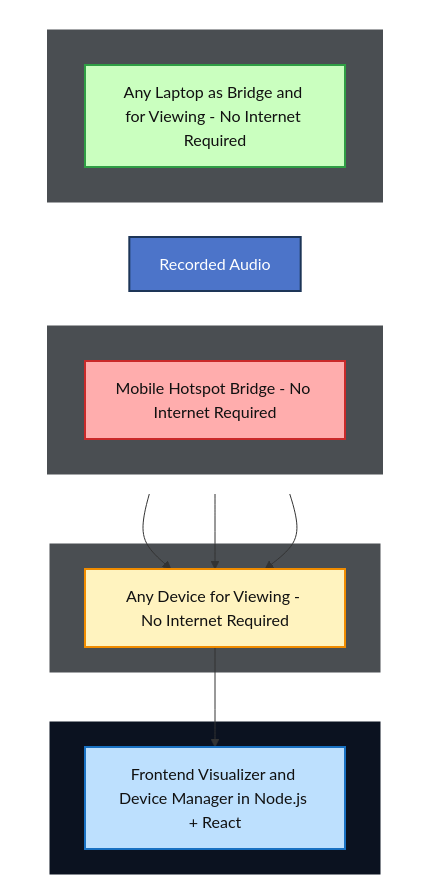
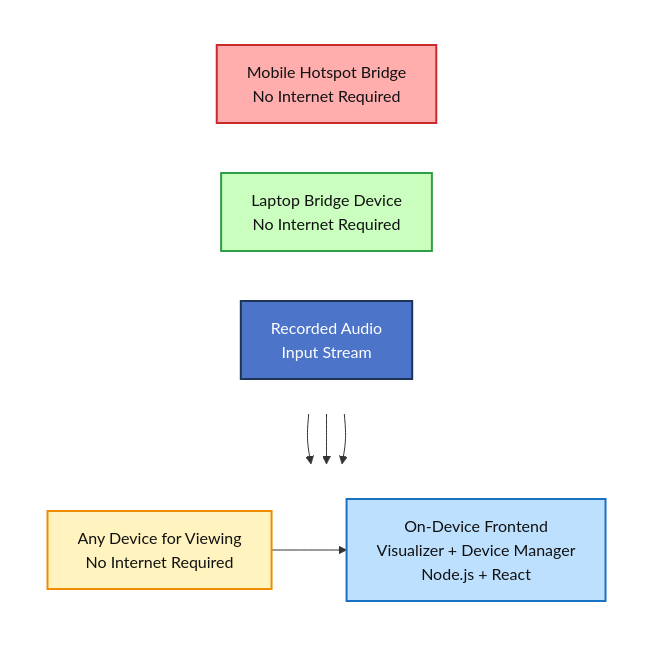
Before and after one commit to anamtya-tech/SonicWild_SpatialyAwareAcoustics: the second of 2 diagrams in blue print/SonicWild_High_Level_Architecture.md, drawn with Mermaid.

Commit message:
Rebuild second diagram as simple 3-top + 2-bottom layout

````diff
--- a/blue print/SonicWild_High_Level_Architecture.md
+++ b/blue print/SonicWild_High_Level_Architecture.md
@@ -43,41 +43,29 @@
 ```mermaid
 flowchart TB
-    subgraph ROW1[ ]
+    subgraph TOP_ROW[ ]
         direction LR
-
-        subgraph HS_WRAP[ ]
-            PHONE[Mobile Hotspot Bridge - No Internet Required]
-        end
-
-        subgraph LP_WRAP[ ]
-            LAPTOP[Any Laptop as Bridge and for Viewing - No Internet Required]
-        end
-
-        REC[Recorded Audio]
+        PHONE[Mobile Hotspot Bridge<br/>No Internet Required]
+        LAPTOP[Laptop Bridge Device<br/>No Internet Required]
+        REC[Recorded Audio<br/>Input Stream]
     end
 
-    subgraph VIEW_WRAP[ ]
-        VIEW[Any Device for Viewing - No Internet Required]
-    end
-
-    subgraph FE_WRAP[ ]
-        FE[Frontend Visualizer and Device Manager in Node.js + React]
+    subgraph BOTTOM_ROW[ ]
+        direction LR
+        VIEW[Any Device for Viewing<br/>No Internet Required]
+        FE[On-Device Frontend<br/>Visualizer + Device Manager<br/>Node.js + React]
     end
 
     PHONE --> VIEW
     LAPTOP --> VIEW
     REC --> VIEW
     VIEW --> FE
 
     style PHONE fill:#ffadad,stroke:#c92a2a,stroke-width:2px,color:#111111
     style LAPTOP fill:#caffbf,stroke:#2f9e44,stroke-width:2px,color:#111111
+    style REC fill:#4c74c9,stroke:#1d3557,stroke-width:2px,color:#ffffff
     style VIEW fill:#fff3bf,stroke:#f08c00,stroke-width:2px,color:#111111
     style FE fill:#bde0fe,stroke:#1971c2,stroke-width:2px,color:#111111
-    style REC fill:#4c74c9,stroke:#1d3557,stroke-width:2px,color:#ffffff
 
-    style HS_WRAP fill:#4a4e52,stroke:#4a4e52,stroke-width:1px,color:#ffffff
-    style LP_WRAP fill:#4a4e52,stroke:#4a4e52,stroke-width:1px,color:#ffffff
-    style VIEW_WRAP fill:#4a4e52,stroke:#4a4e52,stroke-width:1px,color:#ffffff
-    style FE_WRAP fill:#0b1220,stroke:#0b1220,stroke-width:1px,color:#ffffff
-    style ROW1 fill:#ffffff,stroke:#ffffff,stroke-width:0px,color:#111111
+    style TOP_ROW fill:#ffffff,stroke:#ffffff,stroke-width:0px,color:#111111
+    style BOTTOM_ROW fill:#ffffff,stroke:#ffffff,stroke-width:0px,color:#111111
 ```
````
